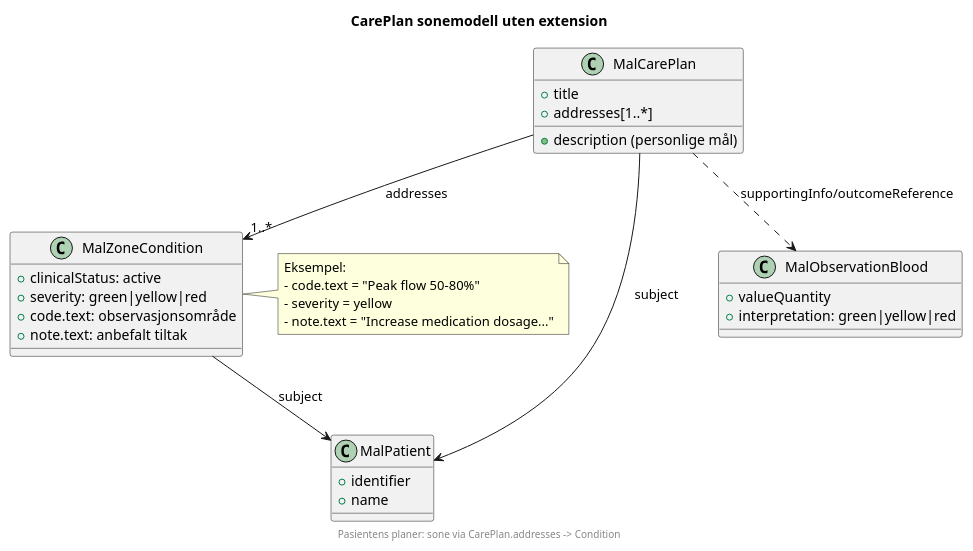
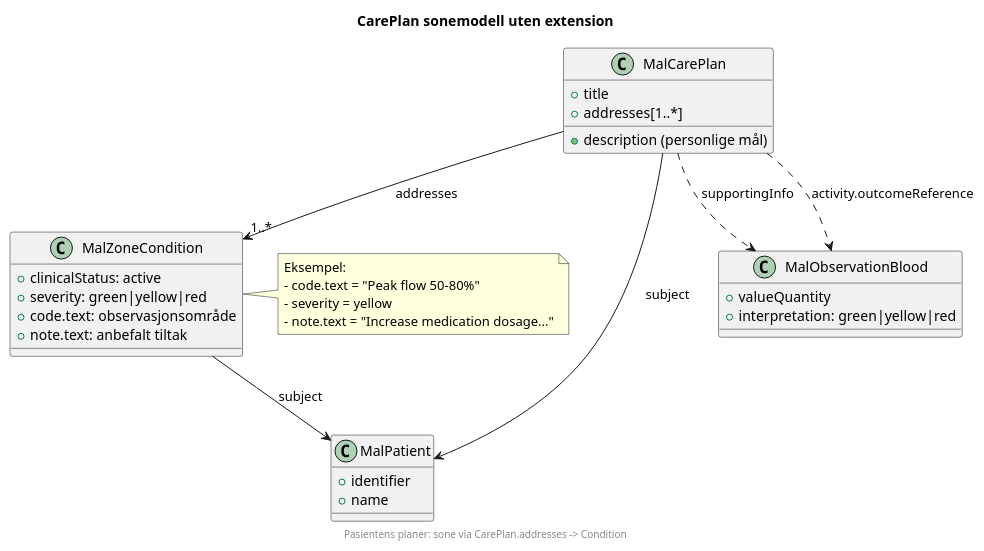
One commit to HL7Norway/Planer-CarePlan-hacking changed the diagram in mal/input/images/careplan-zones-model.puml. Above: the diagram before and after it, drawn with PlantUML. The commit also changed 2 other files, not shown here.

```diff
--- a/mal/input/images/careplan-zones-model.puml
+++ b/mal/input/images/careplan-zones-model.puml
@@ -1,40 +1,41 @@
 @startuml
 title CarePlan sonemodell uten extension
 footer Pasientens planer: sone via CarePlan.addresses -> Condition
 
 class MalPatient {
   +identifier
   +name
 }
 
 class MalCarePlan {
   +title
   +description (personlige mål)
   +addresses[1..*]
 }
 
 class MalZoneCondition {
   +clinicalStatus: active
   +severity: green|yellow|red
   +code.text: observasjonsområde
   +note.text: anbefalt tiltak
 }
 
 class MalObservationBlood {
   +valueQuantity
   +interpretation: green|yellow|red
 }
 
 MalCarePlan --> MalPatient : subject
 MalCarePlan --> "1..*" MalZoneCondition : addresses
 MalZoneCondition --> MalPatient : subject
-MalCarePlan ..> MalObservationBlood : supportingInfo/outcomeReference
+MalCarePlan ..> MalObservationBlood : supportingInfo
+MalCarePlan ..> MalObservationBlood : activity.outcomeReference
 
 note right of MalZoneCondition
 Eksempel:
 - code.text = "Peak flow 50-80%"
 - severity = yellow
 - note.text = "Increase medication dosage..."
 end note
 
 @enduml
```
